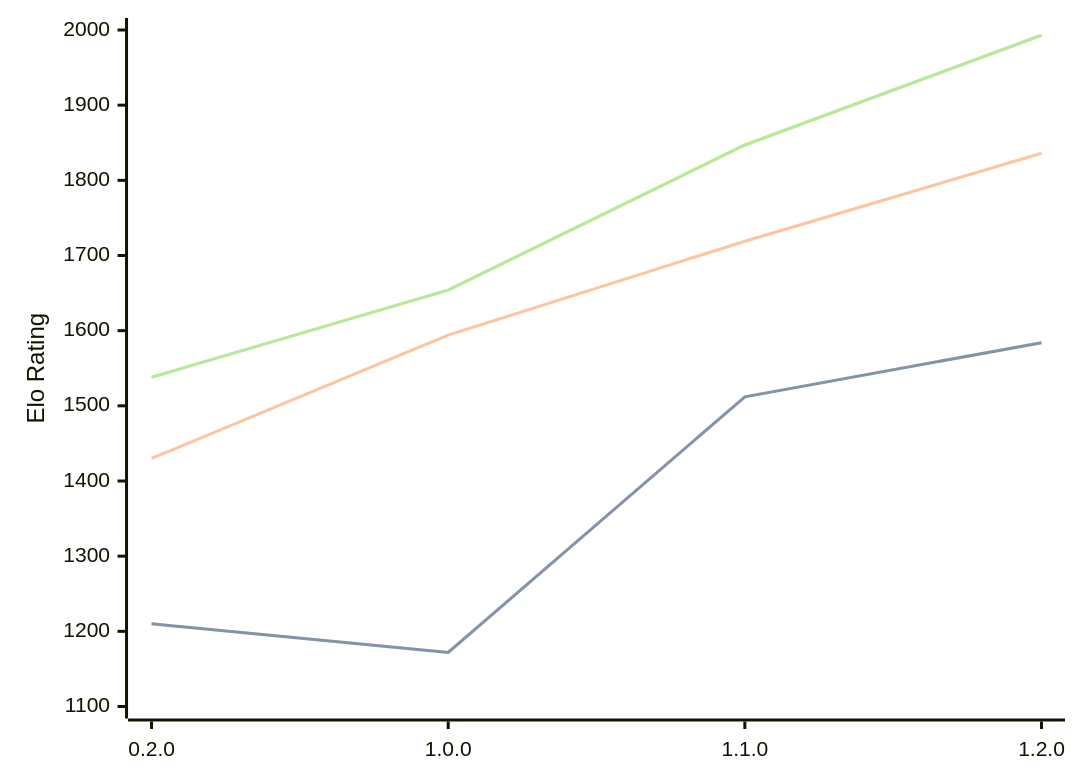
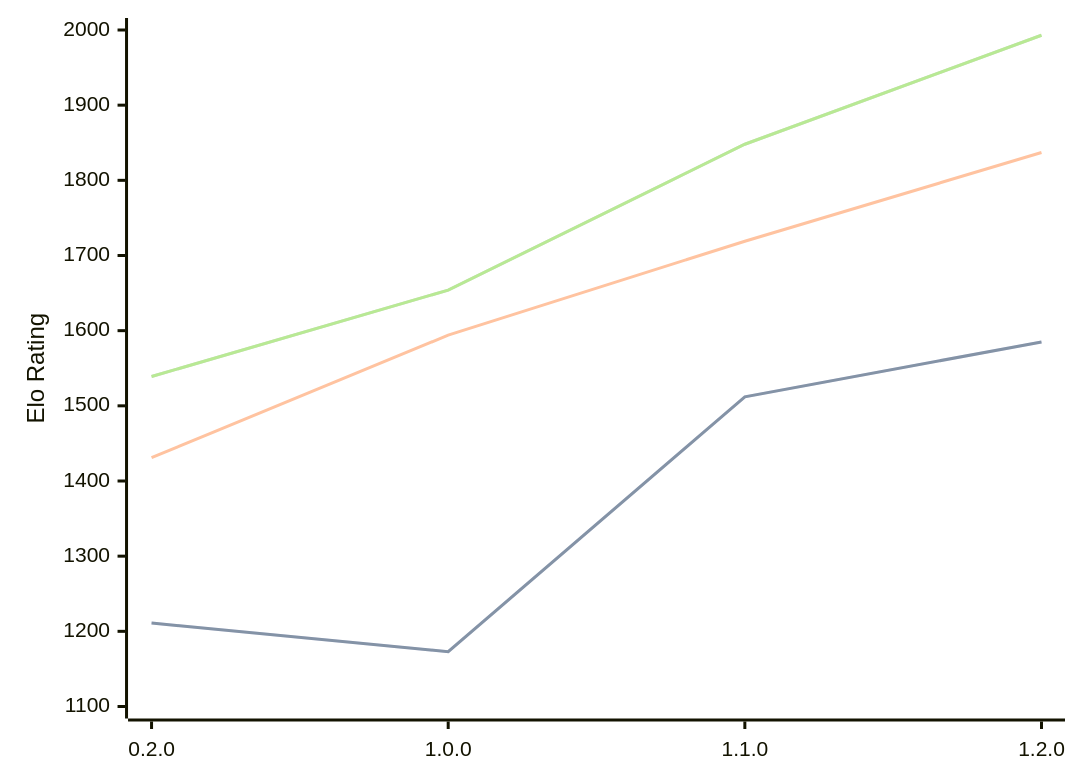
One commit to computer-chess-index/cci changed the diagram in engines/Zeppelin.md. Above: the diagram before and after it, drawn with Mermaid. The commit also changed other lines of this file, not shown here.

Commit message:
Update CCI Ratings (ELO VLTC) - 2026-02-18

````diff
--- a/engines/Zeppelin.md
+++ b/engines/Zeppelin.md
@@ -33,11 +33,11 @@
 ```mermaid
 %%{init: {"theme":"base","themeVariables":{"seriesColors:['#a3a3a3','#222221','#faa371']}}}%%
 xychart-beta
   x-axis ["0.2.0", "1.0.0", "1.1.0", "1.2.0"]
   y-axis "Elo Rating" 1100 --> 2000
-  line "STC (8.0+0.08s)" [1210, 1172, 1512, 1584]
-  line "STC (8.0+0.08s)" [1210, 1172, 1512, 1584]
-  line "LTC (60.0+0.60s)" [1430, 1594, 1719, 1836]
-  line "VLTC (2m24s+1.12s)" [1538, 1654, 1847, 1993]
-  line "VLTC (2m24s+1.12s)" [1538, 1654, 1847, 1993]
+  line "STC (8.0+0.08s)" [1211, 1173, 1512, 1585]
+  line "STC (8.0+0.08s)" [1211, 1173, 1512, 1585]
+  line "LTC (60.0+0.60s)" [1431, 1594, 1719, 1837]
+  line "VLTC (2m24s+1.12s)" [1539, 1654, 1848, 1993]
+  line "VLTC (2m24s+1.12s)" [1539, 1654, 1848, 1993]
 ```
````
